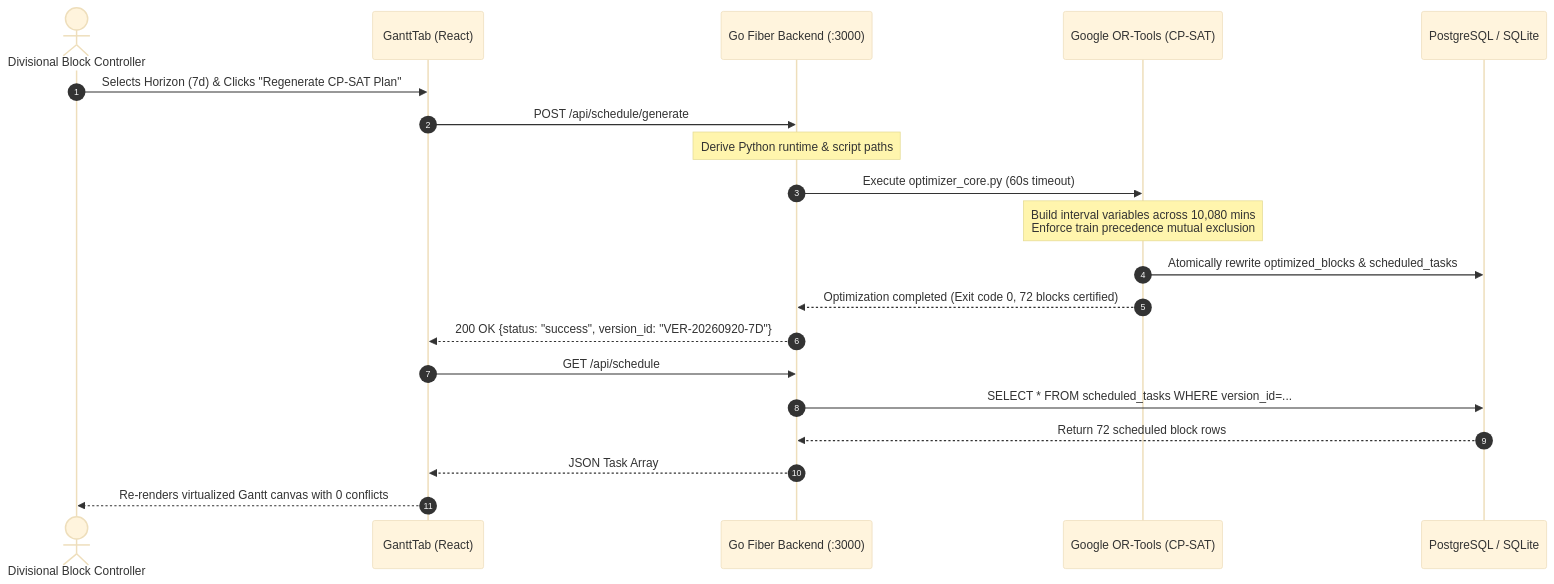
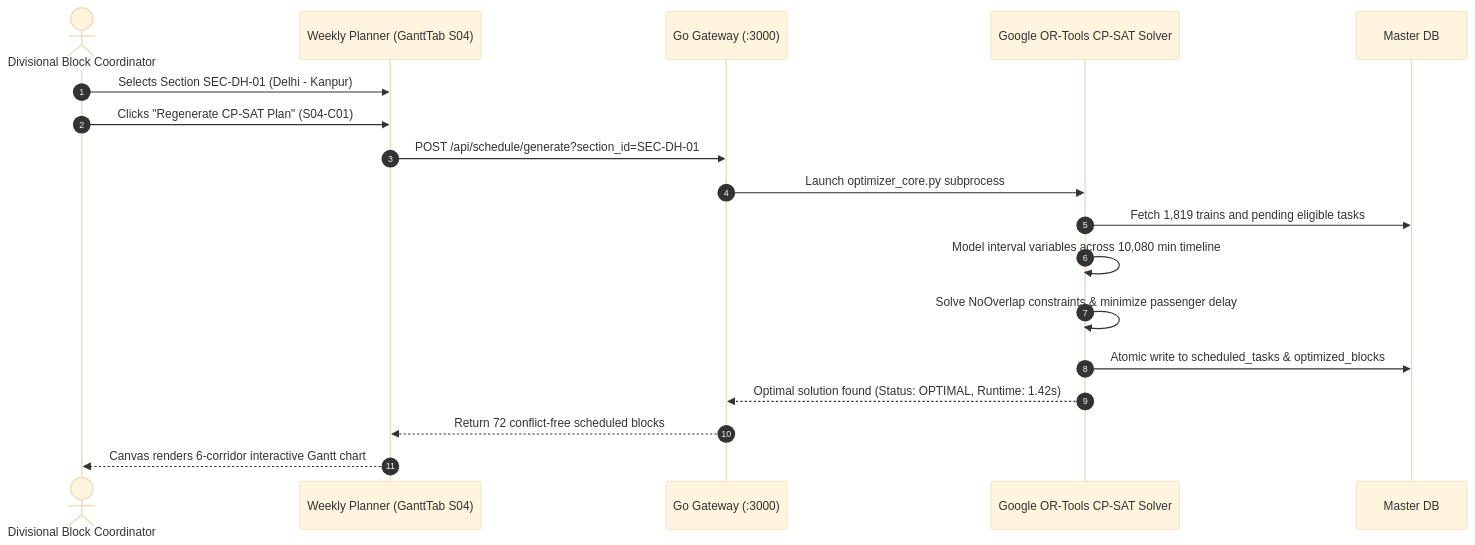
One commit to sushmitasingh008aug-lgtm/Railway_Project-final- changed the fourth of 7 diagrams in docs/presentation/WORKFLOW_DIAGRAMS.md. Above: the diagram before and after it, drawn with Mermaid (base theme). The commit also changed other lines of this file and 134 other files, not shown here.

````diff
--- a/docs/presentation/WORKFLOW_DIAGRAMS.md
+++ b/docs/presentation/WORKFLOW_DIAGRAMS.md
@@ -58,23 +114,21 @@
 ```mermaid
 sequenceDiagram
     autonumber
-    actor Controller as Divisional Block Controller
-    participant UI as GanttTab (React)
-    participant API as Go Fiber Backend (:3000)
-    participant Solver as Google OR-Tools (CP-SAT)
-    participant DB as PostgreSQL / SQLite
+    actor Coordinator as Divisional Block Coordinator
+    participant Gantt as Weekly Planner (GanttTab S04)
+    participant API as Go Gateway (:3000)
+    participant CPSAT as Google OR-Tools CP-SAT Solver
+    participant DB as Master DB
 
-    Controller->>UI: Selects Horizon (7d) & Clicks "Regenerate CP-SAT Plan"
-    UI->>API: POST /api/schedule/generate
-    Note over API: Derive Python runtime & script paths
-    API->>Solver: Execute optimizer_core.py (60s timeout)
-    Note over Solver: Build interval variables across 10,080 mins<br/>Enforce train precedence mutual exclusion
-    Solver->>DB: Atomically rewrite optimized_blocks & scheduled_tasks
-    Solver-->>API: Optimization completed (Exit code 0, 72 blocks certified)
-    API-->>UI: 200 OK {status: "success", version_id: "VER-20260920-7D"}
-    UI->>API: GET /api/schedule
-    API->>DB: SELECT * FROM scheduled_tasks WHERE version_id=...
-    DB-->>API: Return 72 scheduled block rows
-    API-->>UI: JSON Task Array
-    UI-->>Controller: Re-renders virtualized Gantt canvas with 0 conflicts
+    Coordinator->>Gantt: Selects Section SEC-DH-01 (Delhi - Kanpur)
+    Coordinator->>Gantt: Clicks "Regenerate CP-SAT Plan" (S04-C01)
+    Gantt->>API: POST /api/schedule/generate?section_id=SEC-DH-01
+    API->>CPSAT: Launch optimizer_core.py subprocess
+    CPSAT->>DB: Fetch 1,819 trains and pending eligible tasks
+    CPSAT->>CPSAT: Model interval variables across 10,080 min timeline
+    CPSAT->>CPSAT: Solve NoOverlap constraints & minimize passenger delay
+    CPSAT->>DB: Atomic write to scheduled_tasks & optimized_blocks
+    CPSAT-->>API: Optimal solution found (Status: OPTIMAL, Runtime: 1.42s)
+    API-->>Gantt: Return 72 conflict-free scheduled blocks
+    Gantt-->>Coordinator: Canvas renders 6-corridor interactive Gantt chart
 ```
````
